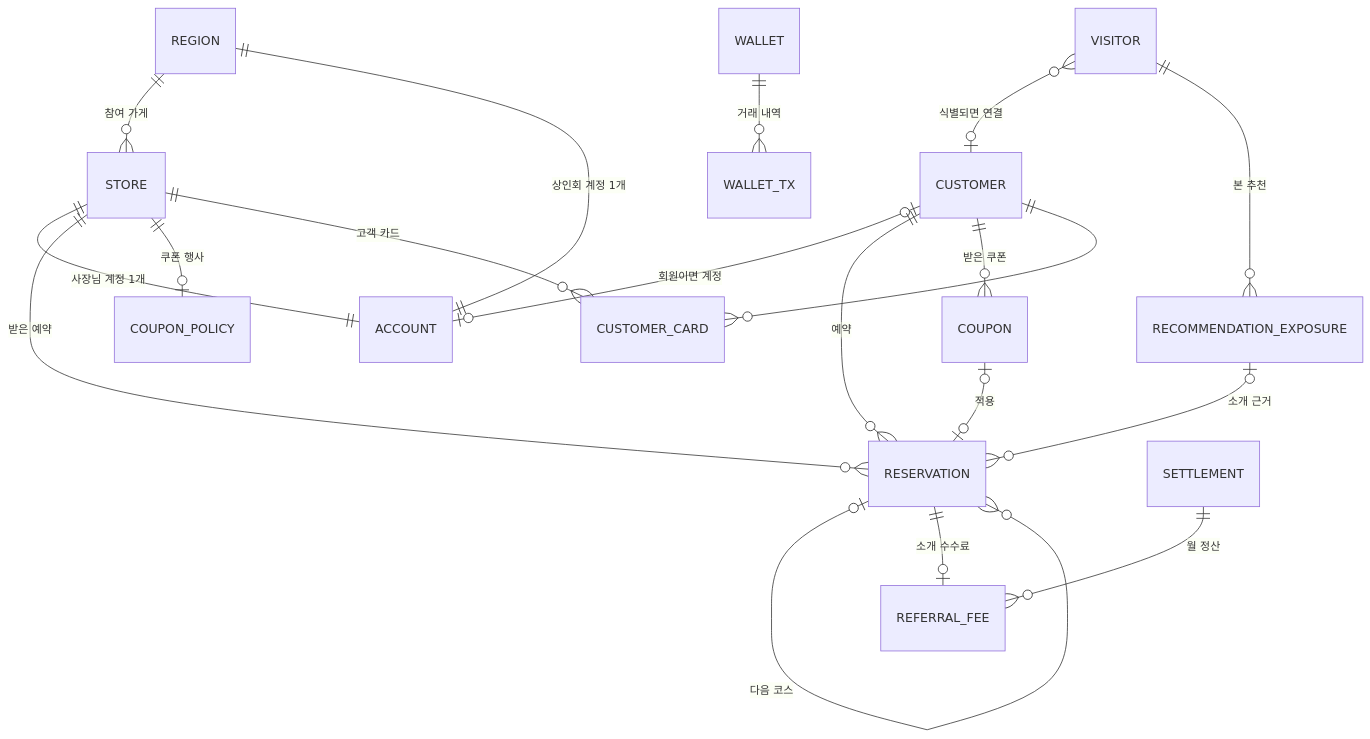
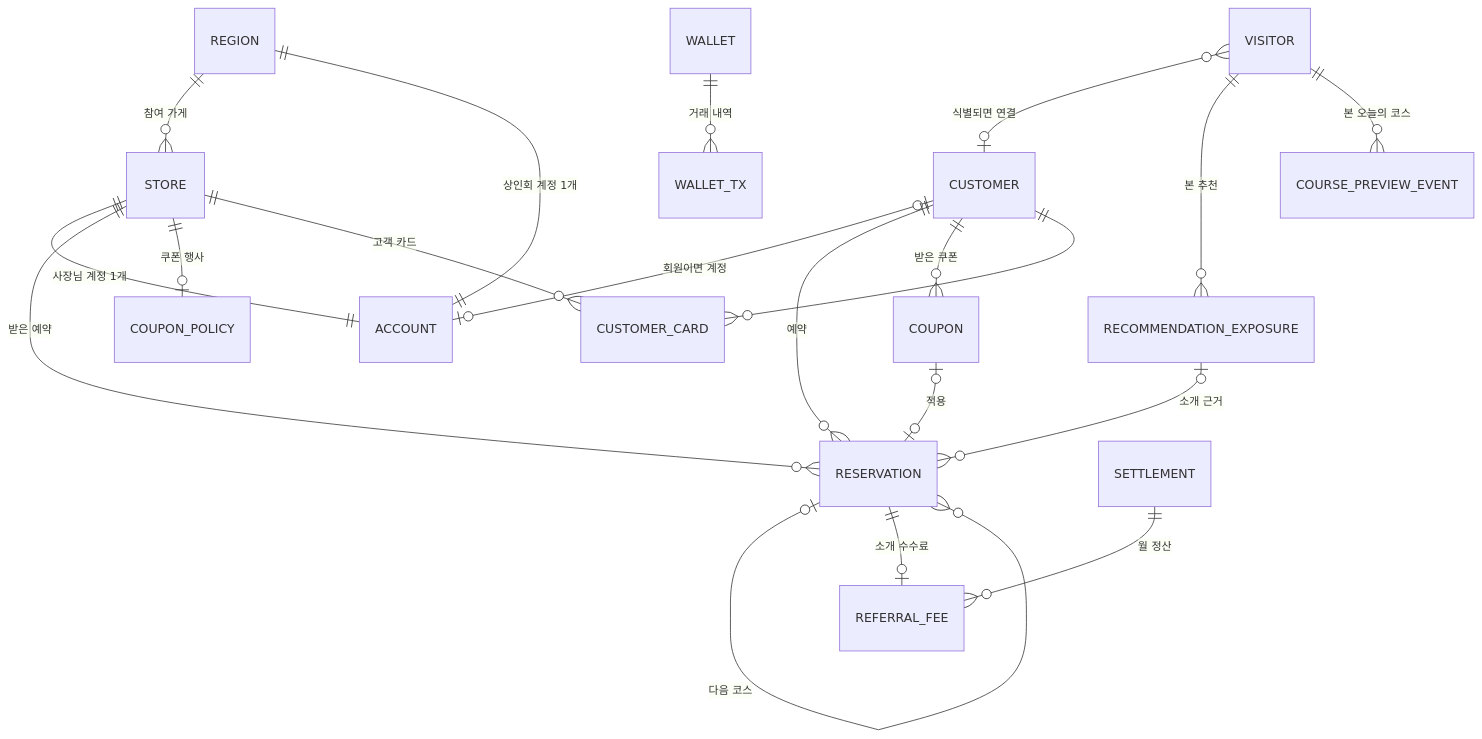
Before and after one commit to Leave-421/alley-crm-docs: the diagram in docs/06-data.md, drawn with Mermaid. The commit also changed other lines of this file and 7 other files, not shown here.

````diff
--- a/docs/06-data.md
+++ b/docs/06-data.md
@@ -8,21 +8,22 @@
 ```mermaid
 erDiagram
     REGION ||--o{ STORE : "참여 가게"
     REGION ||--|| ACCOUNT : "상인회 계정 1개"
     STORE ||--|| ACCOUNT : "사장님 계정 1개"
     CUSTOMER |o--o| ACCOUNT : "회원이면 계정"
     VISITOR }o--o| CUSTOMER : "식별되면 연결"
     CUSTOMER ||--o{ RESERVATION : "예약"
     STORE ||--o{ RESERVATION : "받은 예약"
     RESERVATION |o--o{ RESERVATION : "다음 코스"
     VISITOR ||--o{ RECOMMENDATION_EXPOSURE : "본 추천"
+    VISITOR ||--o{ COURSE_PREVIEW_EVENT : "본 오늘의 코스"
     RECOMMENDATION_EXPOSURE |o--o{ RESERVATION : "소개 근거"
     STORE ||--o| COUPON_POLICY : "쿠폰 행사"
     CUSTOMER ||--o{ COUPON : "받은 쿠폰"
     COUPON |o--o| RESERVATION : "적용"
     RESERVATION ||--o| REFERRAL_FEE : "소개 수수료"
     SETTLEMENT ||--o{ REFERRAL_FEE : "월 정산"
     STORE ||--o{ CUSTOMER_CARD : "고객 카드"
     CUSTOMER ||--o{ CUSTOMER_CARD : ""
     WALLET ||--o{ WALLET_TX : "거래 내역"
 ```
````
